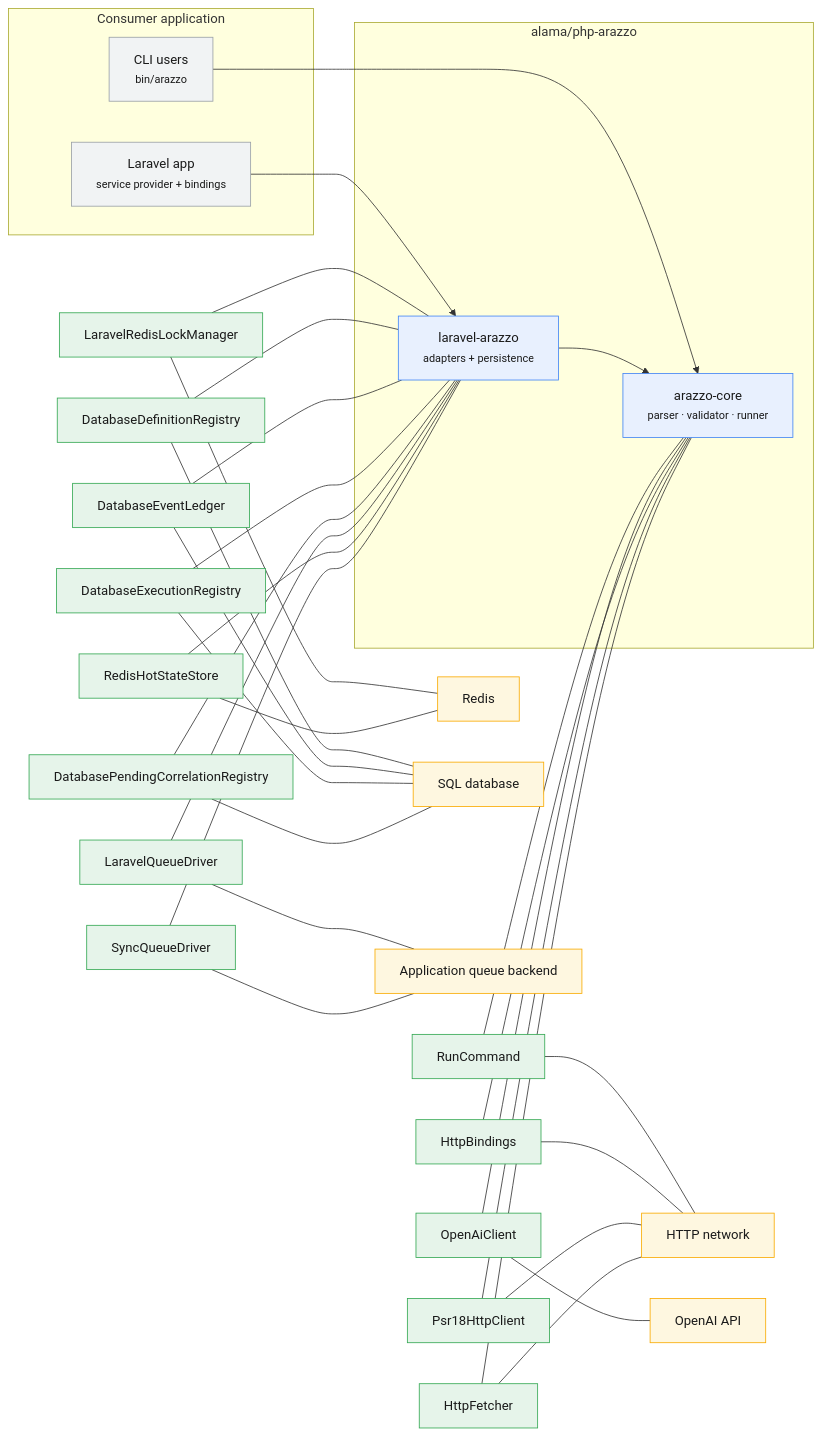
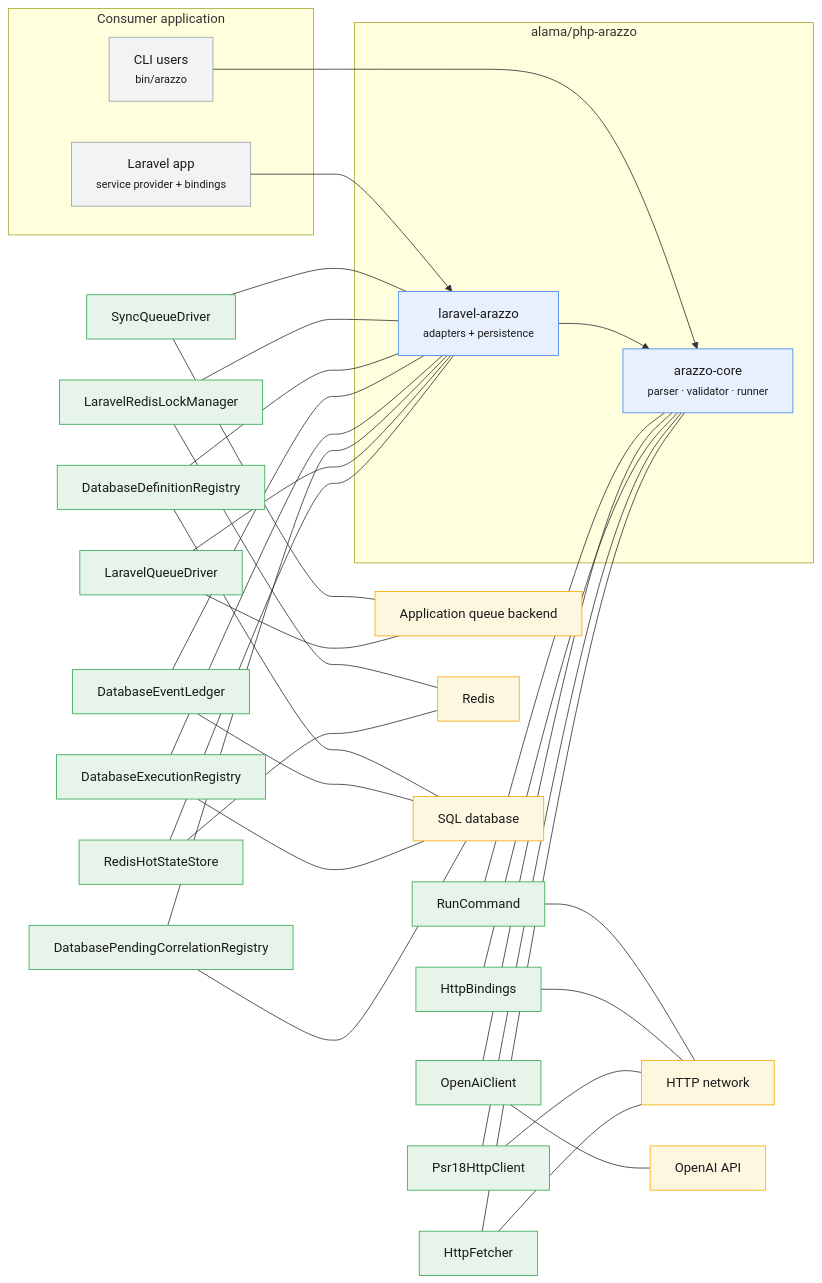
Before and after one commit to Mohammed-Alama/php-arazzo: the diagram in docs/generated/integration-context.md, drawn with Mermaid. The commit also changed 275 other files, not shown here.

````diff
--- a/docs/generated/integration-context.md
+++ b/docs/generated/integration-context.md
@@ -12,62 +12,62 @@
 ```mermaid
 flowchart LR
     subgraph Host["Consumer application"]
         LARAVEL["Laravel app<br/><small>service provider + bindings</small>"]:::host
         CLI["CLI users<br/><small>bin/arazzo</small>"]:::host
     end
     subgraph Package["alama/php-arazzo"]
         CORE["arazzo-core<br/><small>parser · validator · runner</small>"]:::package
         BRIDGE["laravel-arazzo<br/><small>adapters + persistence</small>"]:::package
         CLI --> CORE
         LARAVEL --> BRIDGE
         BRIDGE --> CORE
     end
+        A_Alama_Arazzo_Execution_SyncQueueDriver["SyncQueueDriver"]:::adapter
+        A_Alama_Arazzo_Execution_SyncQueueDriver --- BRIDGE
+        A_Alama_Arazzo_Execution_SyncQueueDriver --- queue
         A_Alama_Arazzo_Laravel_Lock_LaravelRedisLockManager["LaravelRedisLockManager"]:::adapter
         A_Alama_Arazzo_Laravel_Lock_LaravelRedisLockManager --- BRIDGE
         A_Alama_Arazzo_Laravel_Lock_LaravelRedisLockManager --- redis
         A_Alama_Arazzo_Laravel_Persistence_DatabaseDefinitionRegistry["DatabaseDefinitionRegistry"]:::adapter
         A_Alama_Arazzo_Laravel_Persistence_DatabaseDefinitionRegistry --- BRIDGE
         A_Alama_Arazzo_Laravel_Persistence_DatabaseDefinitionRegistry --- sql
         A_Alama_Arazzo_Laravel_Persistence_DatabaseEventLedger["DatabaseEventLedger"]:::adapter
         A_Alama_Arazzo_Laravel_Persistence_DatabaseEventLedger --- BRIDGE
         A_Alama_Arazzo_Laravel_Persistence_DatabaseEventLedger --- sql
         A_Alama_Arazzo_Laravel_Persistence_DatabaseExecutionRegistry["DatabaseExecutionRegistry"]:::adapter
         A_Alama_Arazzo_Laravel_Persistence_DatabaseExecutionRegistry --- BRIDGE
         A_Alama_Arazzo_Laravel_Persistence_DatabaseExecutionRegistry --- sql
         A_Alama_Arazzo_Laravel_Persistence_DatabasePendingCorrelationRegistry["DatabasePendingCorrelationRegistry"]:::adapter
         A_Alama_Arazzo_Laravel_Persistence_DatabasePendingCorrelationRegistry --- BRIDGE
         A_Alama_Arazzo_Laravel_Persistence_DatabasePendingCorrelationRegistry --- sql
         A_Alama_Arazzo_Laravel_Queue_LaravelQueueDriver["LaravelQueueDriver"]:::adapter
         A_Alama_Arazzo_Laravel_Queue_LaravelQueueDriver --- BRIDGE
         A_Alama_Arazzo_Laravel_Queue_LaravelQueueDriver --- queue
         A_Alama_Arazzo_Laravel_State_RedisHotStateStore["RedisHotStateStore"]:::adapter
         A_Alama_Arazzo_Laravel_State_RedisHotStateStore --- BRIDGE
         A_Alama_Arazzo_Laravel_State_RedisHotStateStore --- redis
-        A_Alama_Arazzo_Runner_Execution_SyncQueueDriver["SyncQueueDriver"]:::adapter
-        A_Alama_Arazzo_Runner_Execution_SyncQueueDriver --- BRIDGE
-        A_Alama_Arazzo_Runner_Execution_SyncQueueDriver --- queue
         A_Alama_Arazzo_Console_Command_RunCommand["RunCommand"]:::adapter
         A_Alama_Arazzo_Console_Command_RunCommand --- CORE
         A_Alama_Arazzo_Console_Command_RunCommand --- net
         A_Alama_Arazzo_Generator_Clients_OpenAiClient["OpenAiClient"]:::adapter
         A_Alama_Arazzo_Generator_Clients_OpenAiClient --- CORE
         A_Alama_Arazzo_Generator_Clients_OpenAiClient --- openai
         A_Alama_Arazzo_Laravel_Bindings_HttpBindings["HttpBindings"]:::adapter
         A_Alama_Arazzo_Laravel_Bindings_HttpBindings --- CORE
         A_Alama_Arazzo_Laravel_Bindings_HttpBindings --- net
         A_Alama_Arazzo_Laravel_Http_Psr18HttpClient["Psr18HttpClient"]:::adapter
         A_Alama_Arazzo_Laravel_Http_Psr18HttpClient --- CORE
         A_Alama_Arazzo_Laravel_Http_Psr18HttpClient --- net
         A_Alama_Arazzo_Resolver_Fetchers_HttpFetcher["HttpFetcher"]:::adapter
         A_Alama_Arazzo_Resolver_Fetchers_HttpFetcher --- CORE
         A_Alama_Arazzo_Resolver_Fetchers_HttpFetcher --- net
     net["HTTP network"]:::system
     openai["OpenAI API"]:::system
     queue["Application queue backend"]:::system
     redis["Redis"]:::system
     sql["SQL database"]:::system
     classDef host fill:#f1f3f4,stroke:#9aa0a6,color:#1a1a1a;
     classDef package fill:#e8f0fe,stroke:#4285f4,color:#1a1a1a;
     classDef adapter fill:#e6f4ea,stroke:#34a853,color:#1a1a1a;
     classDef system fill:#fef7e0,stroke:#f9ab00,color:#1a1a1a;
 ```
````
